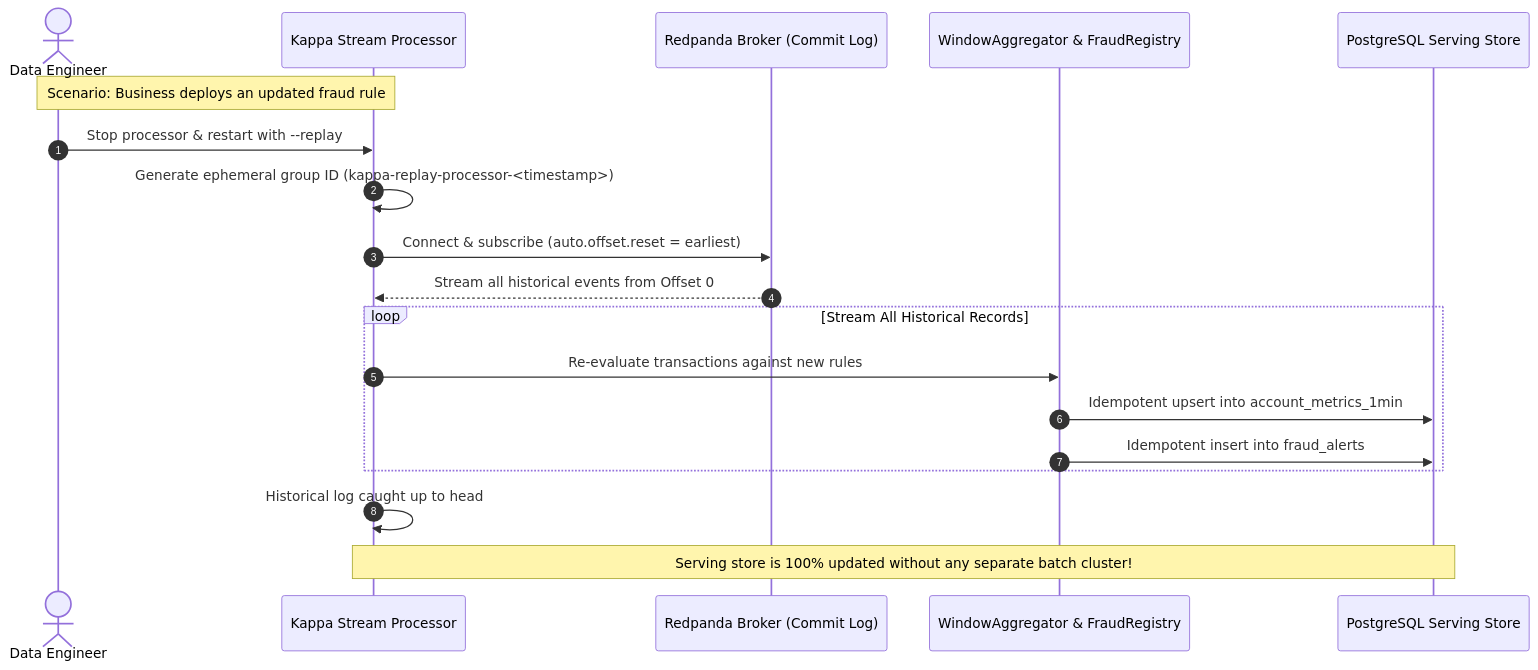
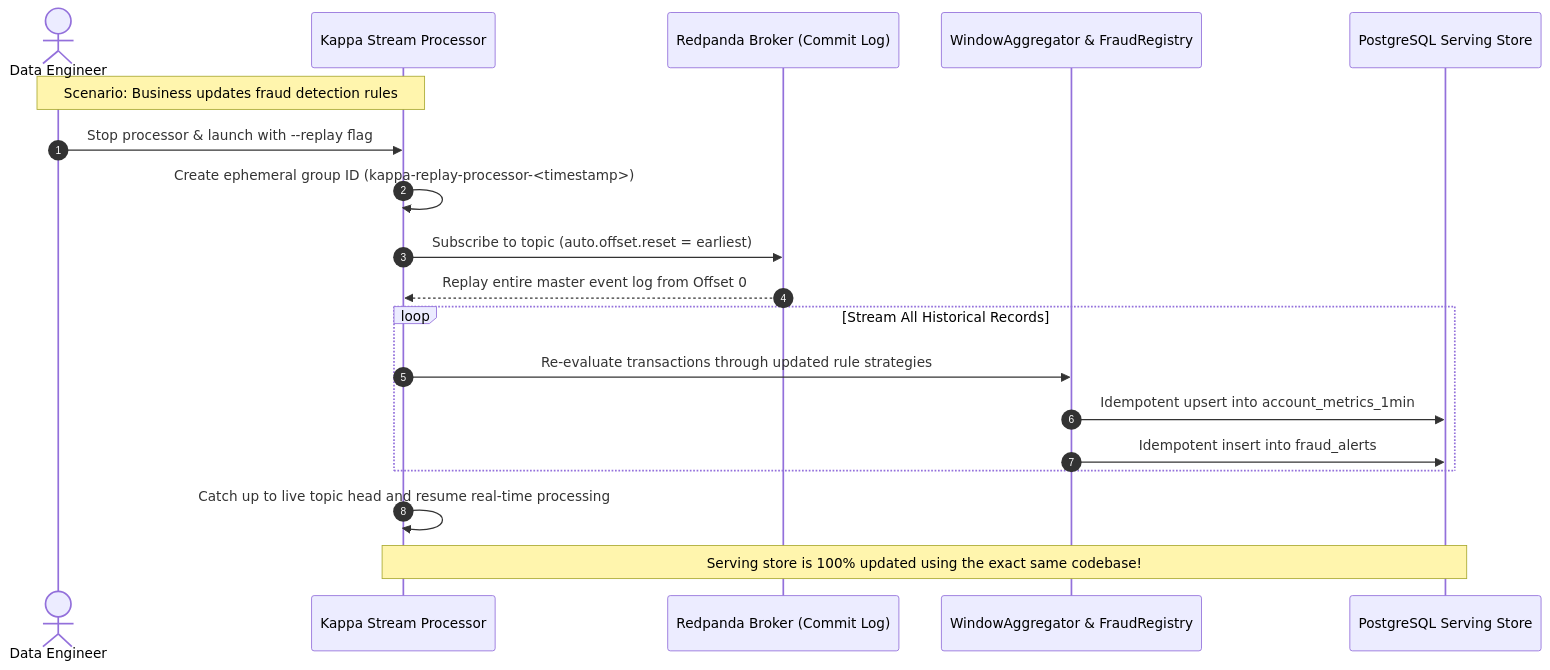
One commit to kirankumarhm/Streaming-and-Fraud-Platform-Kappa-Architecture changed the third of 4 diagrams in README.md. Above: the diagram before and after it, drawn with Mermaid. The commit also changed other lines of this file and 18 other files, not shown here.

Commit message:
feat: add Lambda Architecture batch processor, merged view API, article conceptual breakdown in README, and side-by-side comparison

````diff
--- a/README.md
+++ b/README.md
@@ -176,24 +224,24 @@
 ```mermaid
 sequenceDiagram
     autonumber
     actor Operator as Data Engineer
     participant App as Kappa Stream Processor
     participant Redpanda as Redpanda Broker (Commit Log)
     participant Engine as WindowAggregator & FraudRegistry
     participant DB as PostgreSQL Serving Store
 
-    Note over Operator,App: Scenario: Business deploys an updated fraud rule
-    Operator->>App: Stop processor & restart with --replay
-    App->>App: Generate ephemeral group ID (kappa-replay-processor-<timestamp>)
-    App->>Redpanda: Connect & subscribe (auto.offset.reset = earliest)
-    Redpanda-->>App: Stream all historical events from Offset 0
+    Note over Operator,App: Scenario: Business updates fraud detection rules
+    Operator->>App: Stop processor & launch with --replay flag
+    App->>App: Create ephemeral group ID (kappa-replay-processor-<timestamp>)
+    App->>Redpanda: Subscribe to topic (auto.offset.reset = earliest)
+    Redpanda-->>App: Replay entire master event log from Offset 0
     
     loop Stream All Historical Records
-        App->>Engine: Re-evaluate transactions against new rules
+        App->>Engine: Re-evaluate transactions through updated rule strategies
         Engine->>DB: Idempotent upsert into account_metrics_1min
         Engine->>DB: Idempotent insert into fraud_alerts
     end
 
-    App->>App: Historical log caught up to head
-    Note over App,DB: Serving store is 100% updated without any separate batch cluster!
+    App->>App: Catch up to live topic head and resume real-time processing
+    Note over App,DB: Serving store is 100% updated using the exact same codebase!
 ```
````
